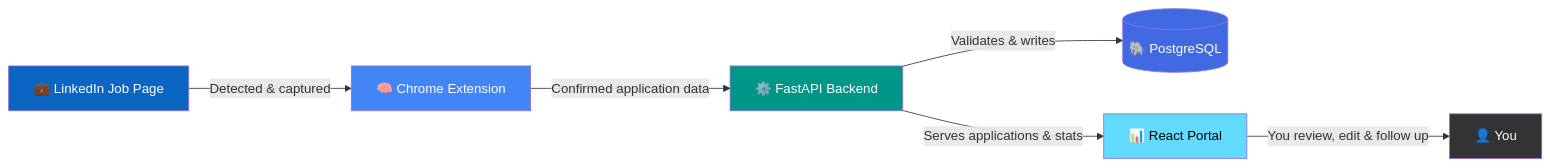
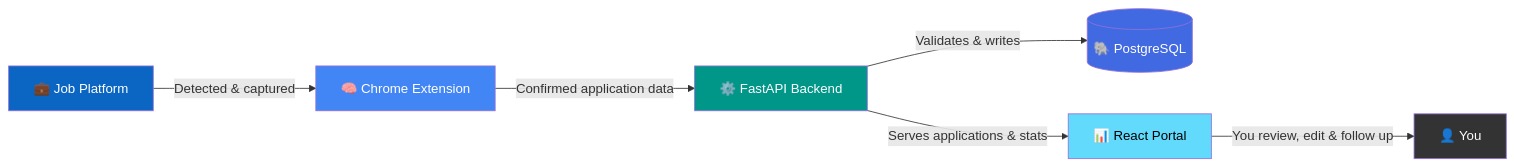
One commit to jobin2201/Job_Tracker changed the diagram in README.md. Above: the diagram before and after it, drawn with Mermaid. The commit also changed other lines of this file and 42 other files, not shown here.

````diff
--- a/README.md
+++ b/README.md
@@ -55,15 +56,15 @@
 ```mermaid
 flowchart LR
-    A[💼 LinkedIn Job Page] -->|Detected & captured| B[🧠 Chrome Extension]
+    A[💼 Job Platform] -->|Detected & captured| B[🧠 Chrome Extension]
     B -->|Confirmed application data| C[⚙️ FastAPI Backend]
     C -->|Validates & writes| D[(🐘 PostgreSQL)]
     C -->|Serves applications & stats| E[📊 React Portal]
     E -->|You review, edit & follow up| F[👤 You]
 
     style A fill:#0A66C2,color:#fff
     style B fill:#4285F4,color:#fff
     style C fill:#009688,color:#fff
     style D fill:#4169E1,color:#fff
     style E fill:#61DAFB,color:#000
     style F fill:#333,color:#fff
 ```
````
